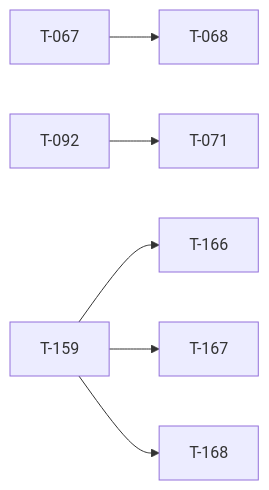
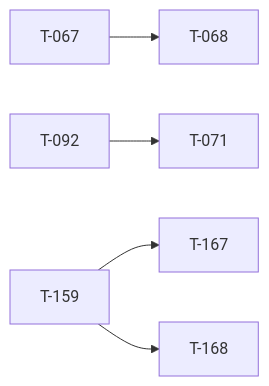
One commit to darkforce09/TBD-reforger changed the diagram in docs/TICKET_LEAD.md. Above: the diagram before and after it, drawn with Mermaid. The commit also changed other lines of this file and 30 other files, not shown here.

````diff
--- a/docs/TICKET_LEAD.md
+++ b/docs/TICKET_LEAD.md
@@ -33,8 +32,7 @@
 ```mermaid
 flowchart LR
   T067[T-067] --> T068[T-068]
   T092[T-092] --> T071[T-071]
-  T159[T-159] --> T166[T-166]
   T159[T-159] --> T167[T-167]
   T159[T-159] --> T168[T-168]
 ```
````
